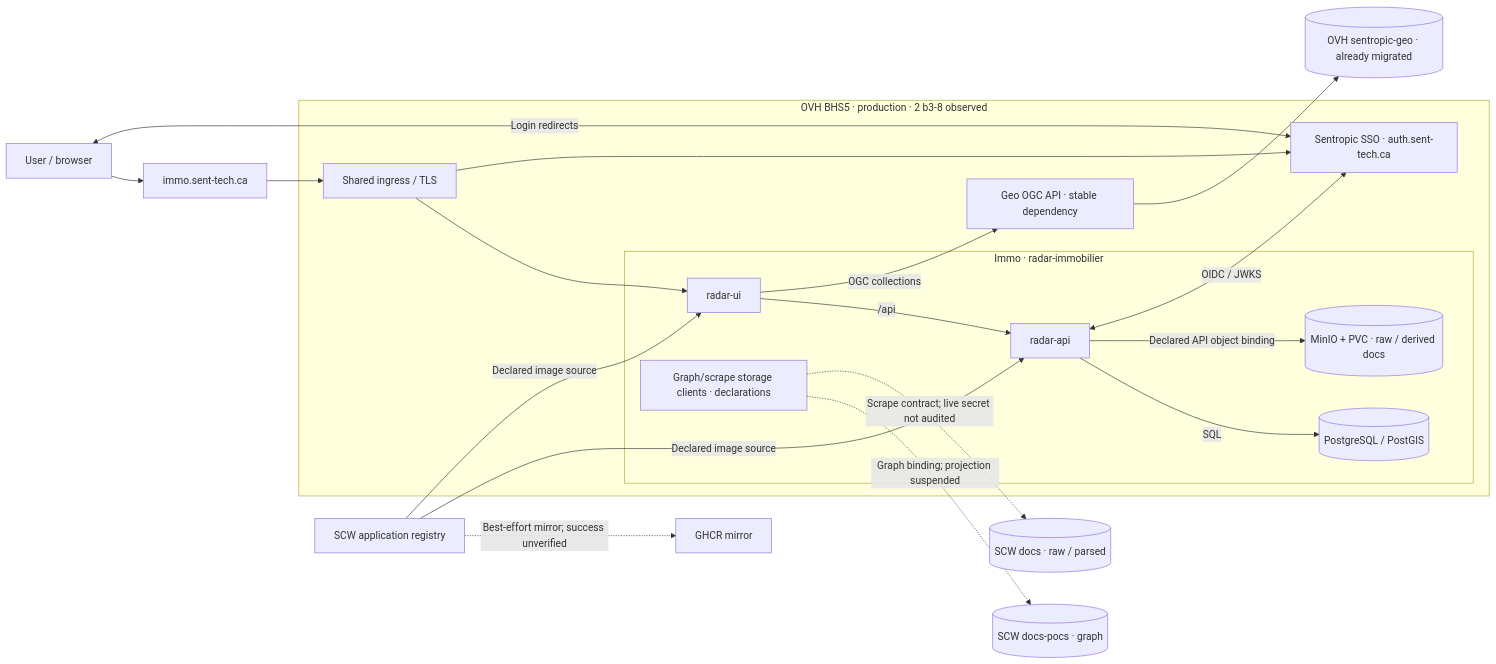
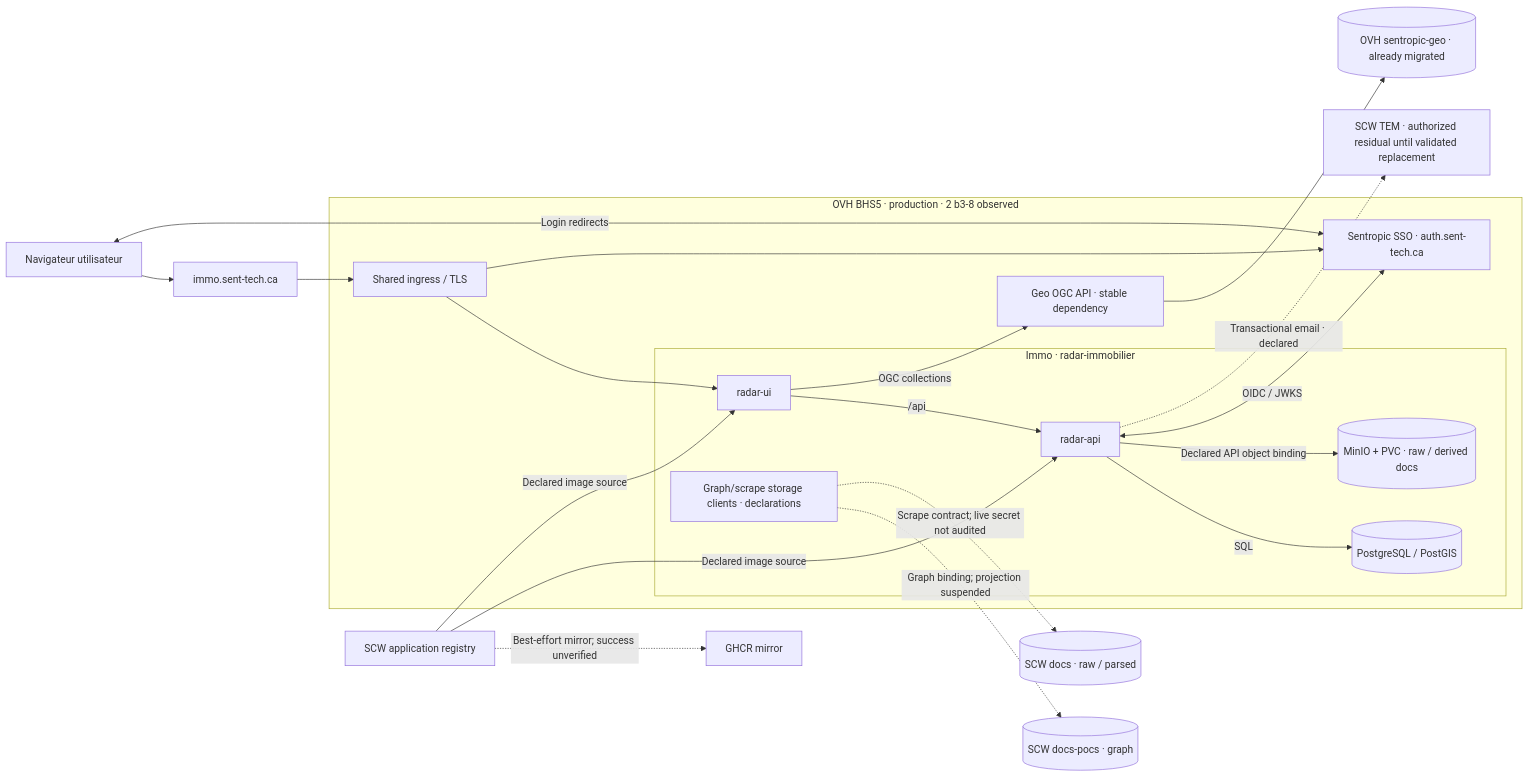
Before and after one commit to rhanka/radar-immobilier: the first of 4 diagrams in docs/spec/SPEC_EVOL_ARCHITECTURE_TWO_TRANSITIONS.md, drawn with Mermaid. The commit also changed other lines of this file and 1 other file, not shown here.

Commit message:
docs(architecture): require visible TEM and readable dense cards

````diff
--- a/docs/spec/SPEC_EVOL_ARCHITECTURE_TWO_TRANSITIONS.md
+++ b/docs/spec/SPEC_EVOL_ARCHITECTURE_TWO_TRANSITIONS.md
@@ -64,27 +89,28 @@
 ```mermaid
 flowchart LR
-  A_USER["User / browser"] --> A_URL["immo.sent-tech.ca"]
+  A_USER["Navigateur utilisateur"] --> A_URL["immo.sent-tech.ca"]
   subgraph A_CLOUD["OVH BHS5 · production · 2 b3-8 observed"]
     A_EDGE["Shared ingress / TLS"]
     subgraph A_IMMO["Immo · radar-immobilier"]
       A_UI["radar-ui"] -->|"/api"| A_API["radar-api"]
       A_API -->|"SQL"| A_DB[("PostgreSQL / PostGIS")]
       A_API -->|"Declared API object binding"| A_MINIO[("MinIO + PVC · raw / derived docs")]
       A_CLIENTS["Graph/scrape storage clients · declarations"]
     end
     A_SSO["Sentropic SSO · auth.sent-tech.ca"]
     A_GEO["Geo OGC API · stable dependency"]
     A_EDGE --> A_UI
     A_EDGE --> A_SSO
     A_UI -->|"OGC collections"| A_GEO
     A_API <-->|"OIDC / JWKS"| A_SSO
   end
   A_URL --> A_EDGE
   A_USER <-->|"Login redirects"| A_SSO
   A_GEO --> A_GEOS3[("OVH sentropic-geo · already migrated")]
   A_CLIENTS -.->|"Graph binding; projection suspended"| A_SCWGRAPH[("SCW docs-pocs · graph")]
   A_CLIENTS -.->|"Scrape contract; live secret not audited"| A_SCWDOCS[("SCW docs · raw / parsed")]
   A_SCWREG["SCW application registry"] -->|"Declared image source"| A_API
   A_SCWREG -->|"Declared image source"| A_UI
   A_SCWREG -.->|"Best-effort mirror; success unverified"| A_GHCR["GHCR mirror"]
+  A_API -.->|"Transactional email · declared"| A_TEM["SCW TEM · authorized residual until validated replacement"]
 ```
````
